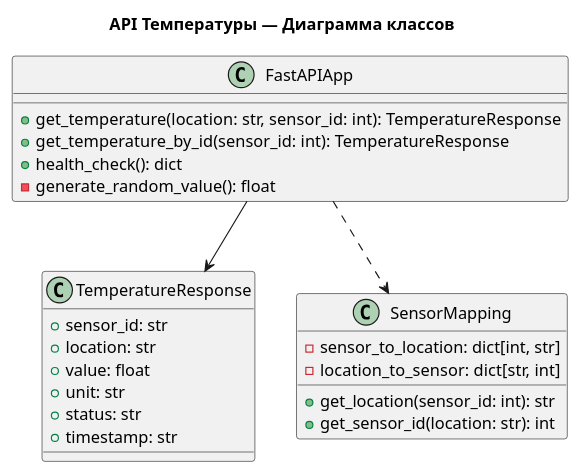
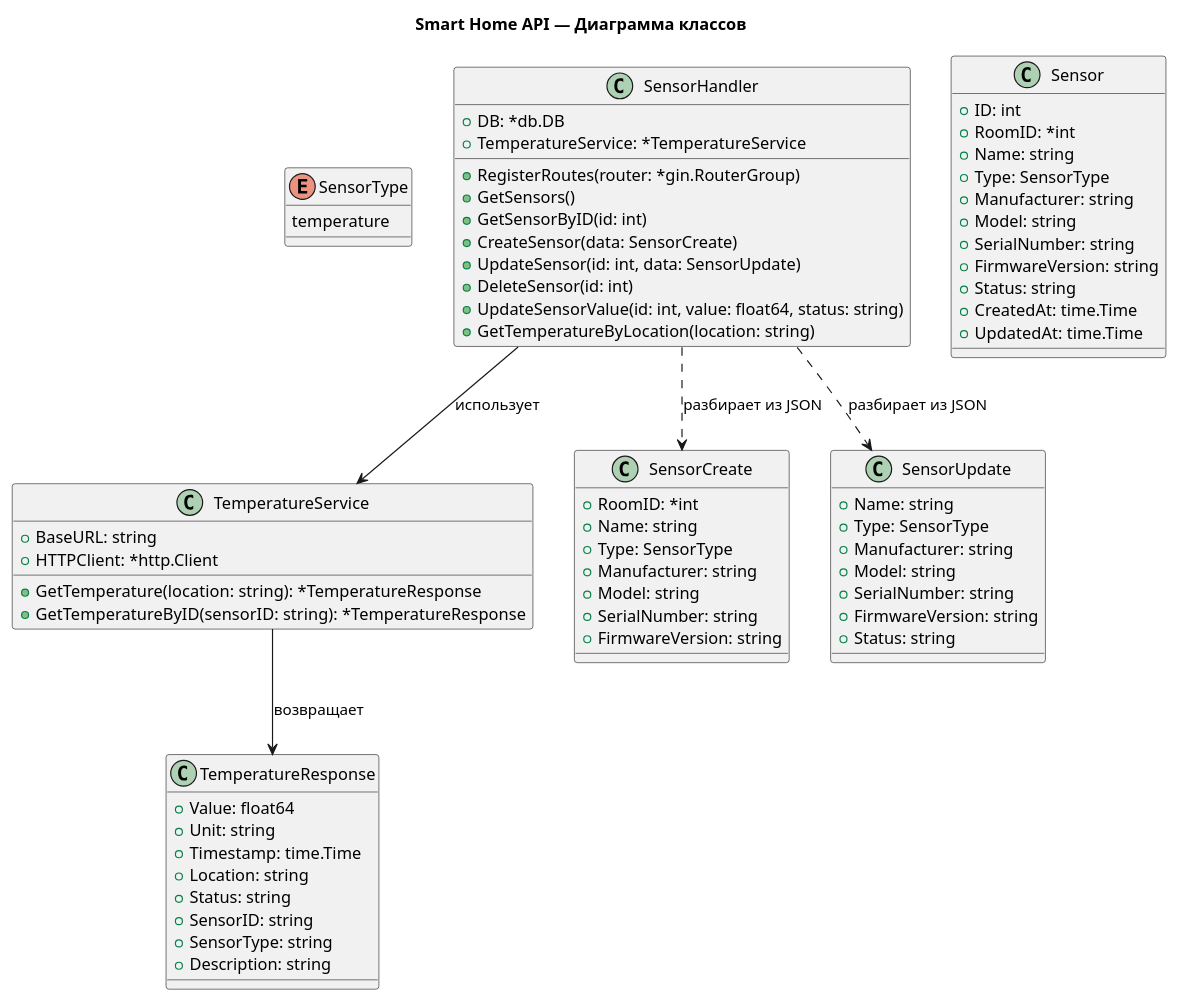
The diagram in docs/to-be/c4-code-temperature-api.puml (stebikhov/architecture-pro-warmhouse), drawn with PlantUML before and after one commit. The commit also changed 43 other files, not shown here.

Commit message:
Fix build and extends ER model

```diff
--- a/docs/to-be/c4-code-temperature-api.puml
+++ b/docs/to-be/c4-code-temperature-api.puml
@@ -1,30 +1,78 @@
-@startuml
-title API Температуры — Диаграмма классов
+@startuml  Smart Home API
+title Smart Home API — Диаграмма классов
+
+enum SensorType {
+    temperature
+}
 
 class TemperatureResponse {
-    +sensor_id: str
-    +location: str
-    +value: float
-    +unit: str
-    +status: str
-    +timestamp: str
+    +Value: float64
+    +Unit: string
+    +Timestamp: time.Time
+    +Location: string
+    +Status: string
+    +SensorID: string
+    +SensorType: string
+    +Description: string
 }
 
-class SensorMapping {
-    -sensor_to_location: dict[int, str]
-    -location_to_sensor: dict[str, int]
-    +get_location(sensor_id: int): str
-    +get_sensor_id(location: str): int
+class TemperatureService {
+    +BaseURL: string
+    +HTTPClient: *http.Client
+    +GetTemperature(location: string): *TemperatureResponse
+    +GetTemperatureByID(sensorID: string): *TemperatureResponse
 }
 
-class FastAPIApp {
-    +get_temperature(location: str, sensor_id: int): TemperatureResponse
-    +get_temperature_by_id(sensor_id: int): TemperatureResponse
-    +health_check(): dict
-    -generate_random_value(): float
+class Sensor {
+    +ID: int
+    +RoomID: *int
+    +Name: string
+    +Type: SensorType
+    +Manufacturer: string
+    +Model: string
+    +SerialNumber: string
+    +FirmwareVersion: string
+    +Status: string
+    +CreatedAt: time.Time
+    +UpdatedAt: time.Time
 }
 
-FastAPIApp ..> SensorMapping
-FastAPIApp --> TemperatureResponse
+class SensorCreate {
+    +RoomID: *int
+    +Name: string
+    +Type: SensorType
+    +Manufacturer: string
+    +Model: string
+    +SerialNumber: string
+    +FirmwareVersion: string
+}
+
+class SensorUpdate {
+    +Name: string
+    +Type: SensorType
+    +Manufacturer: string
+    +Model: string
+    +SerialNumber: string
+    +FirmwareVersion: string
+    +Status: string
+}
+
+class SensorHandler {
+    +DB: *db.DB
+    +TemperatureService: *TemperatureService
+    +RegisterRoutes(router: *gin.RouterGroup)
+    +GetSensors()
+    +GetSensorByID(id: int)
+    +CreateSensor(data: SensorCreate)
+    +UpdateSensor(id: int, data: SensorUpdate)
+    +DeleteSensor(id: int)
+    +UpdateSensorValue(id: int, value: float64, status: string)
+    +GetTemperatureByLocation(location: string)
+}
+
+TemperatureService --> TemperatureResponse : возвращает
+SensorHandler --> TemperatureService : использует
+SensorHandler ..> SensorCreate : разбирает из JSON
+SensorHandler ..> SensorUpdate : разбирает из JSON
 
 @enduml
```
